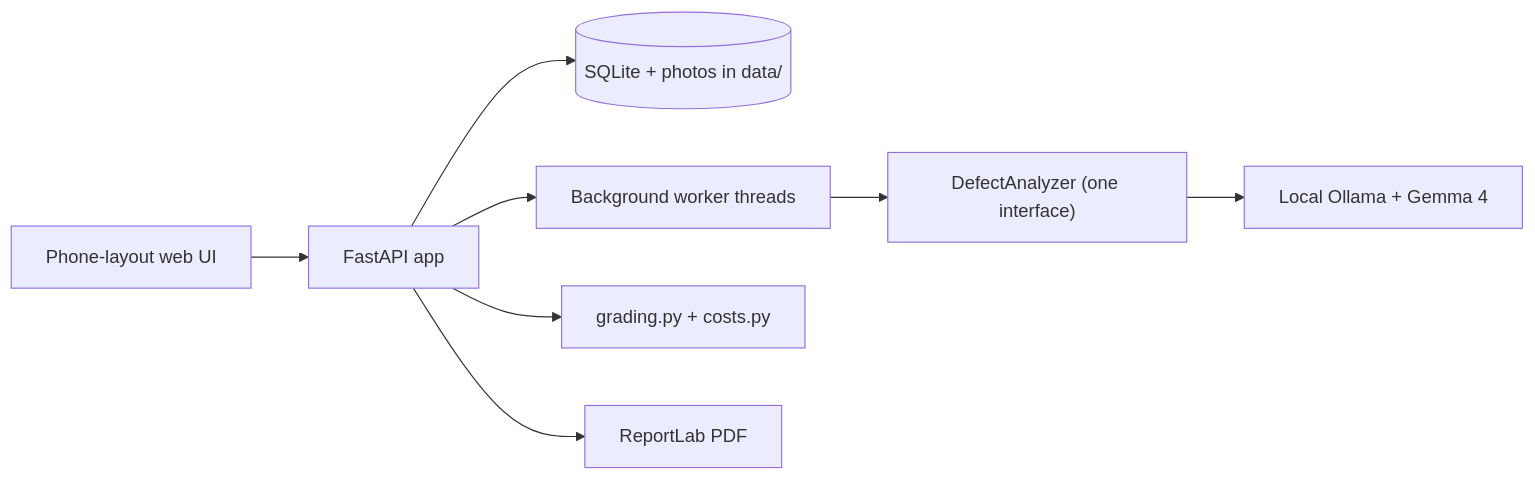
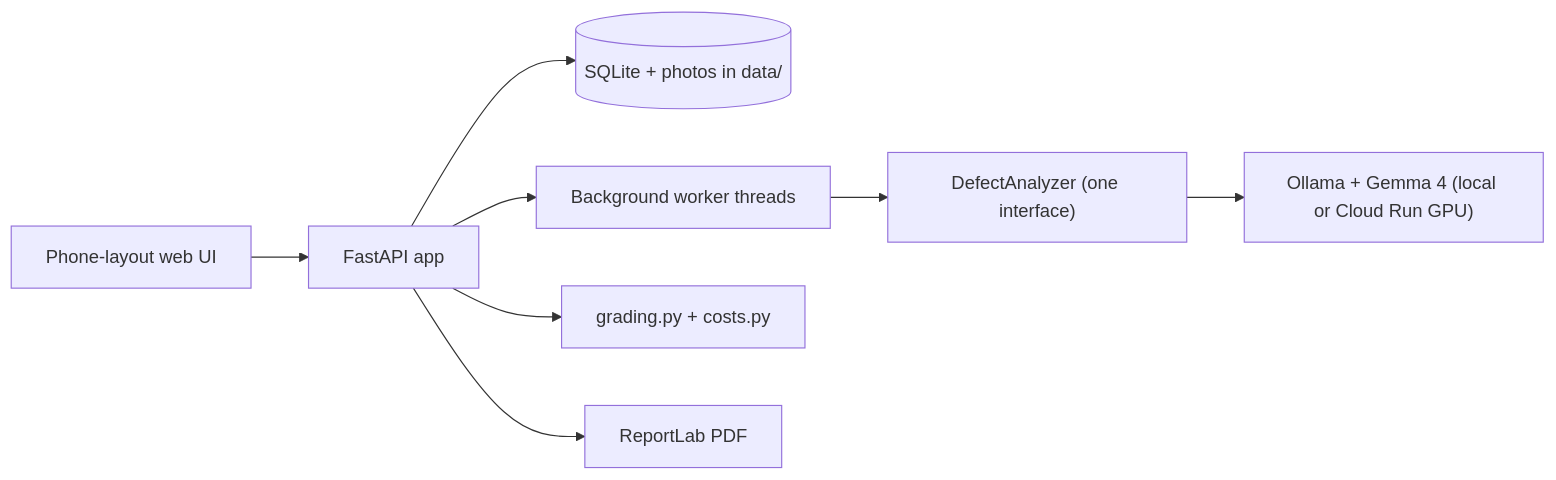
Before and after one commit to ben-robles/disclosure: the diagram in README.md, drawn with Mermaid. The commit also changed other lines of this file and 9 other files, not shown here.

````diff
--- a/README.md
+++ b/README.md
@@ -114,10 +114,10 @@
 ```mermaid
 flowchart LR
   Browser["Phone-layout web UI"] --> API["FastAPI app"]
   API --> DB[("SQLite + photos in data/")]
   API --> Q["Background worker threads"]
   Q --> DA["DefectAnalyzer (one interface)"]
-  DA --> OL["Local Ollama + Gemma 4"]
+  DA --> OL["Ollama + Gemma 4 (local or Cloud Run GPU)"]
   API --> G["grading.py + costs.py"]
   API --> PDF["ReportLab PDF"]
 ```
````
